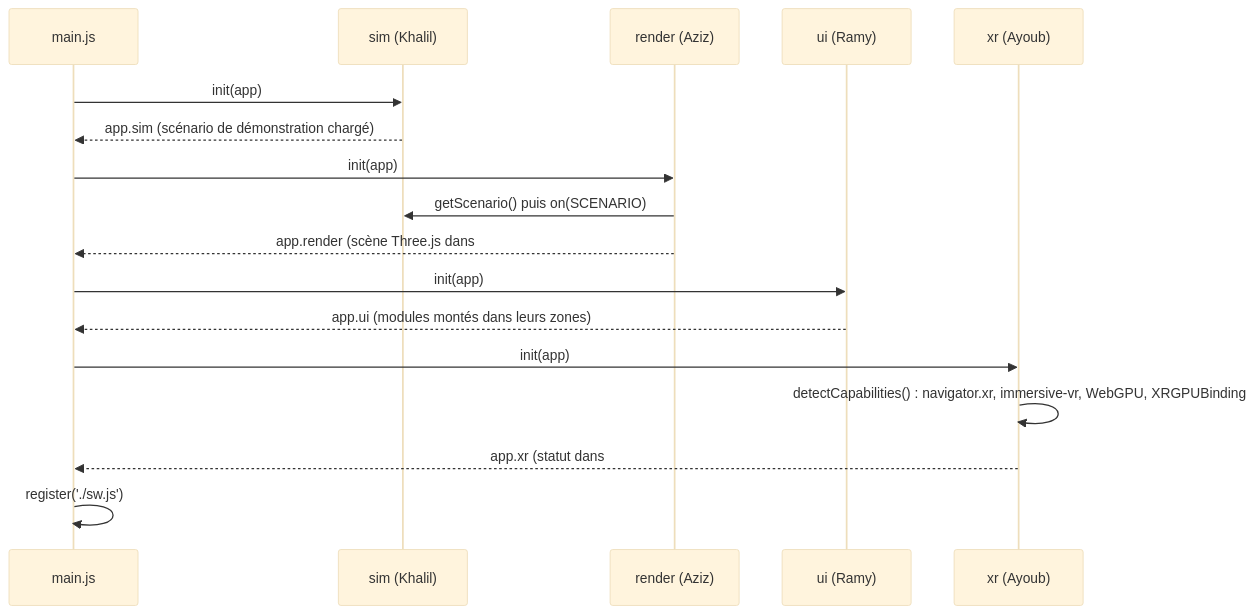
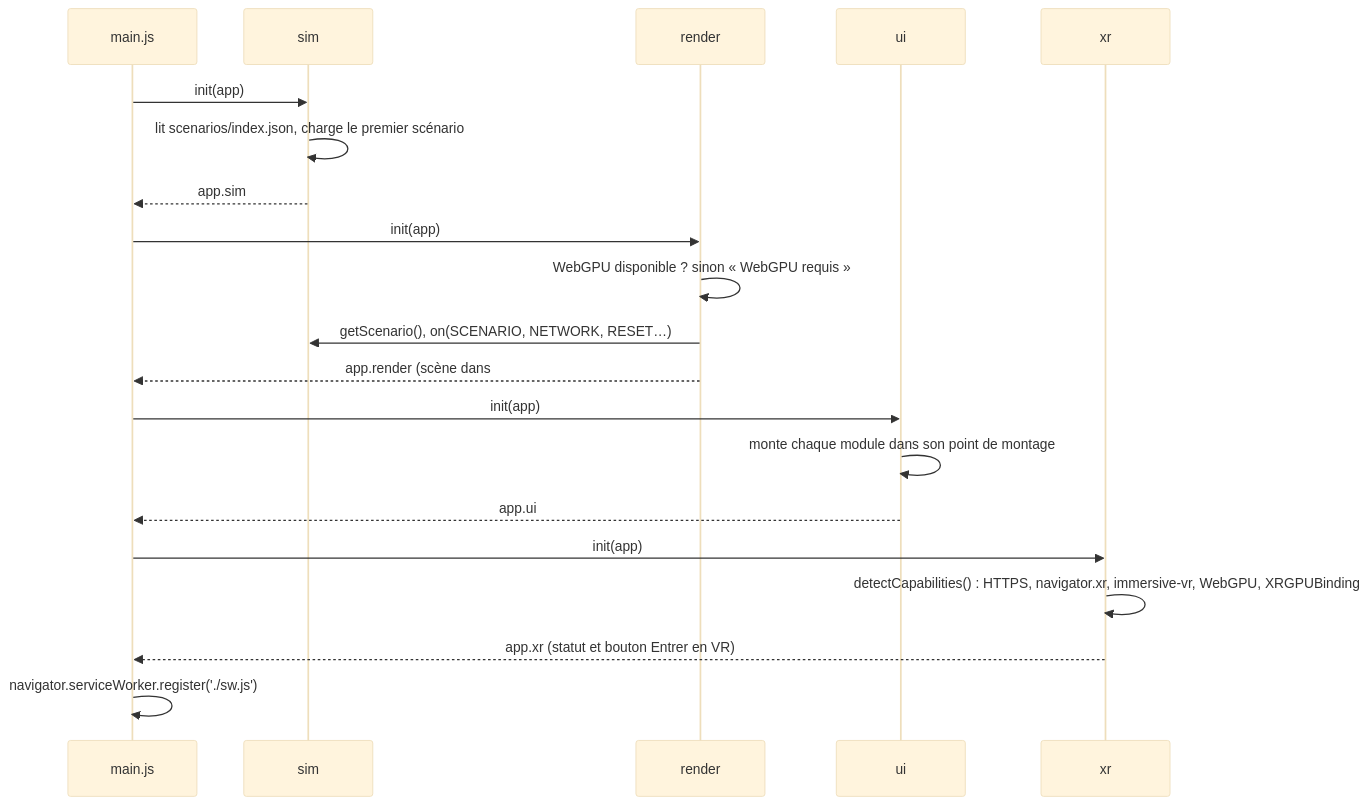
The third of 6 diagrams in docs/architecture.md (Bensabbehayoub/3D-network-topology), drawn with Mermaid (base theme) before and after one commit. The commit also changed other lines of this file and 23 other files, not shown here.

````diff
--- a/docs/architecture.md
+++ b/docs/architecture.md
@@ -50,19 +129,22 @@
 ```mermaid
 sequenceDiagram
     participant M as main.js
-    participant S as sim (Khalil)
-    participant R as render (Aziz)
-    participant U as ui (Ramy)
-    participant X as xr (Ayoub)
+    participant S as sim
+    participant R as render
+    participant U as ui
+    participant X as xr
     M->>S: init(app)
-    S-->>M: app.sim (scénario de démonstration chargé)
+    S->>S: lit scenarios/index.json, charge le premier scénario
+    S-->>M: app.sim
     M->>R: init(app)
-    R->>S: getScenario() puis on(SCENARIO)
-    R-->>M: app.render (scène Three.js dans #scene)
+    R->>R: WebGPU disponible ? sinon « WebGPU requis »
+    R->>S: getScenario(), on(SCENARIO, NETWORK, RESET…)
+    R-->>M: app.render (scène dans #scene, boucle d'animation lancée)
     M->>U: init(app)
-    U-->>M: app.ui (modules montés dans leurs zones)
+    U->>U: monte chaque module dans son point de montage
+    U-->>M: app.ui
     M->>X: init(app)
-    X->>X: detectCapabilities() : navigator.xr, immersive-vr, WebGPU, XRGPUBinding
-    X-->>M: app.xr (statut dans #xr-slot, bouton Entrer en VR)
-    M->>M: register('./sw.js')
+    X->>X: detectCapabilities() : HTTPS, navigator.xr, immersive-vr, WebGPU, XRGPUBinding
+    X-->>M: app.xr (statut et bouton Entrer en VR)
+    M->>M: navigator.serviceWorker.register('./sw.js')
 ```
````
